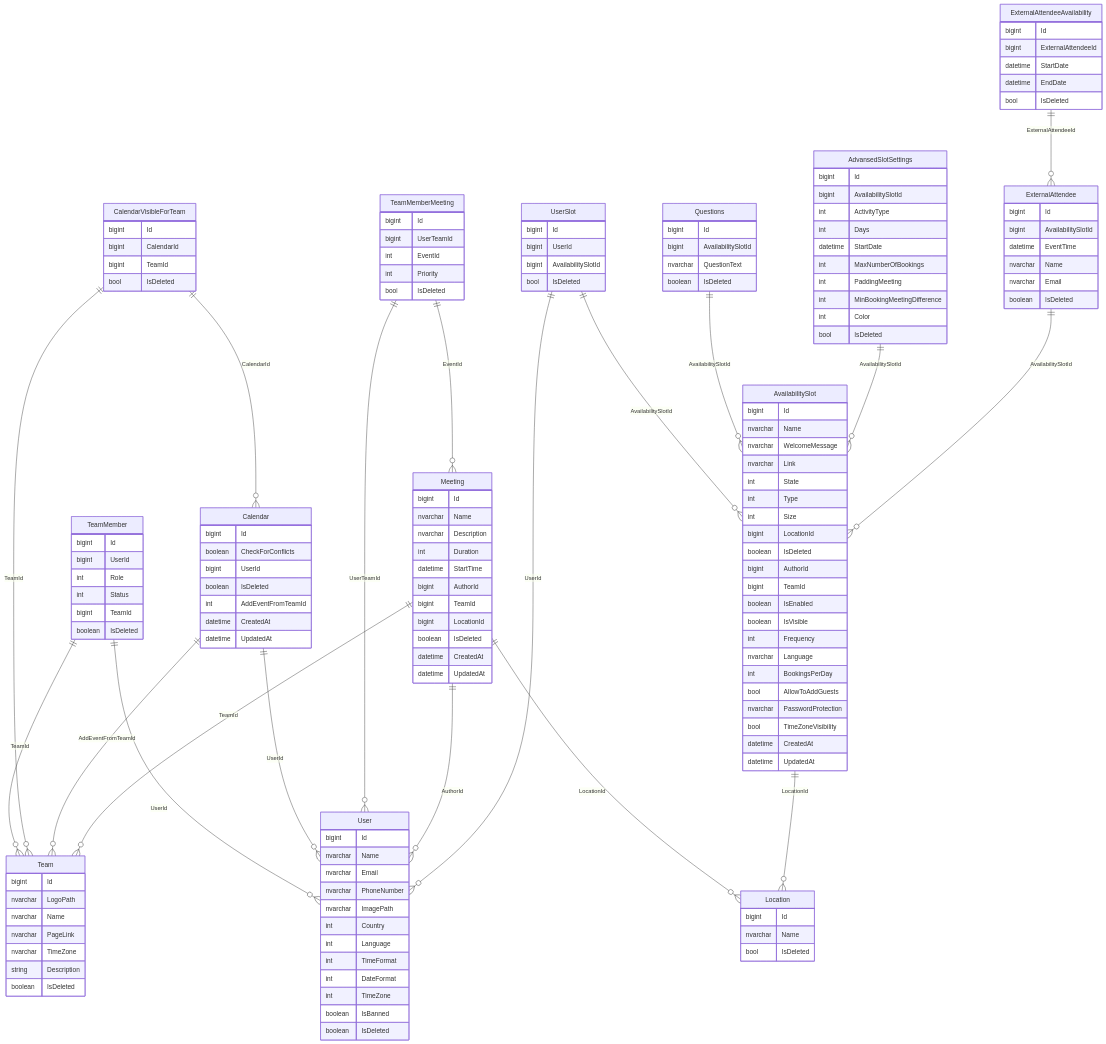
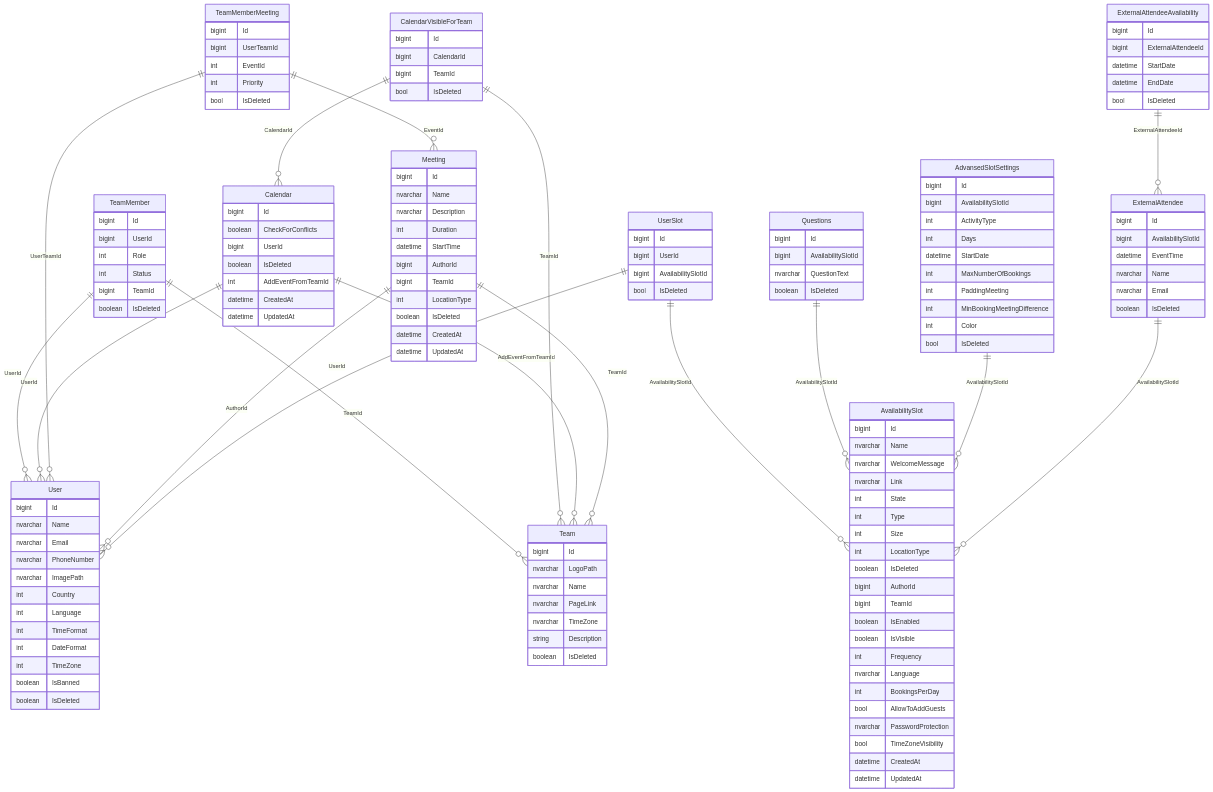
The diagram in README.md (BinaryStudioAcademy/bsa-2022-easymeets), drawn with Mermaid before and after one commit.

Commit message:
Update the database scheme

````diff
--- a/README.md
+++ b/README.md
@@ -107,7 +107,6 @@
 
   Meeting ||--o{ User : AuthorId
   Meeting ||--o{ Team : TeamId
-  Meeting ||--o{ Location : LocationId
   Meeting {
       bigint Id
       nvarchar Name
@@ -116,16 +115,10 @@
       datetime StartTime
       bigint AuthorId
       bigint TeamId
-      bigint LocationId
+      int LocationType
       boolean IsDeleted
       datetime CreatedAt
       datetime UpdatedAt
-  }
-
-  Location {
-    bigint Id
-    nvarchar Name
-    bool IsDeleted
   }
 
   UserSlot ||--o{ User : UserId
@@ -136,8 +129,7 @@
     bigint AvailabilitySlotId
     bool IsDeleted
   }
-
-  AvailabilitySlot ||--o{ Location : LocationId
+  
   AvailabilitySlot{
     bigint Id
     nvarchar Name
@@ -146,7 +138,7 @@
     int State
     int Type
     int Size
-    bigint LocationId
+    int LocationType
     boolean IsDeleted
     bigint AuthorId
     bigint TeamId
@@ -201,5 +193,5 @@
     datetime StartDate
     datetime EndDate
     bool IsDeleted
-  }
+  }  
 ```
````
